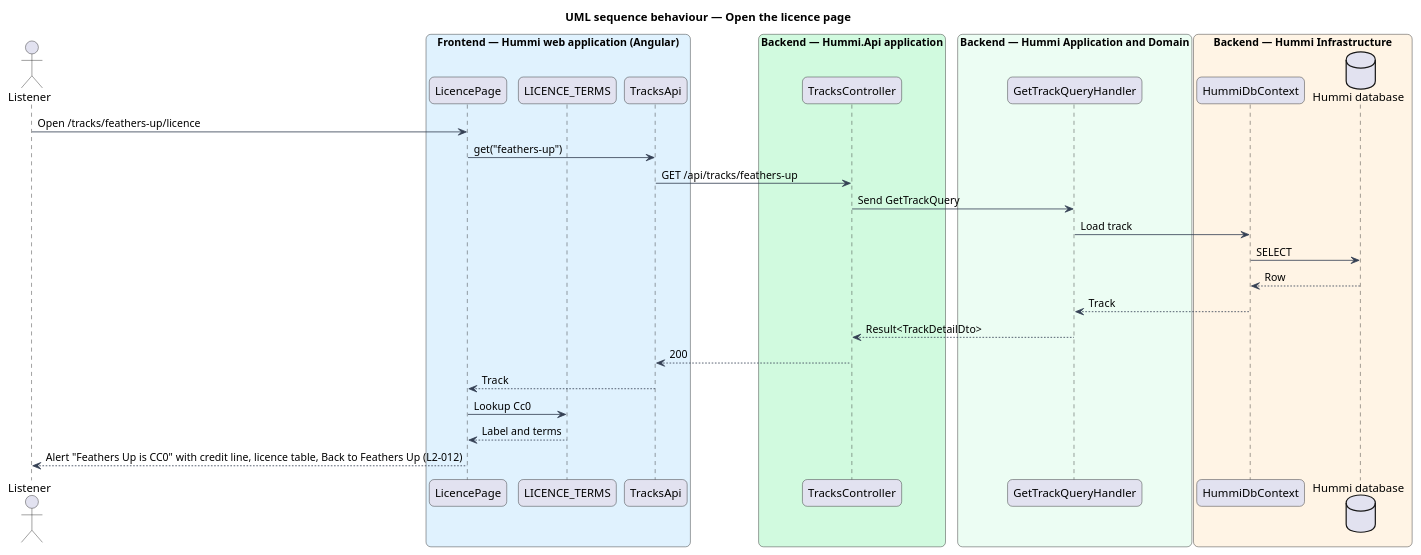
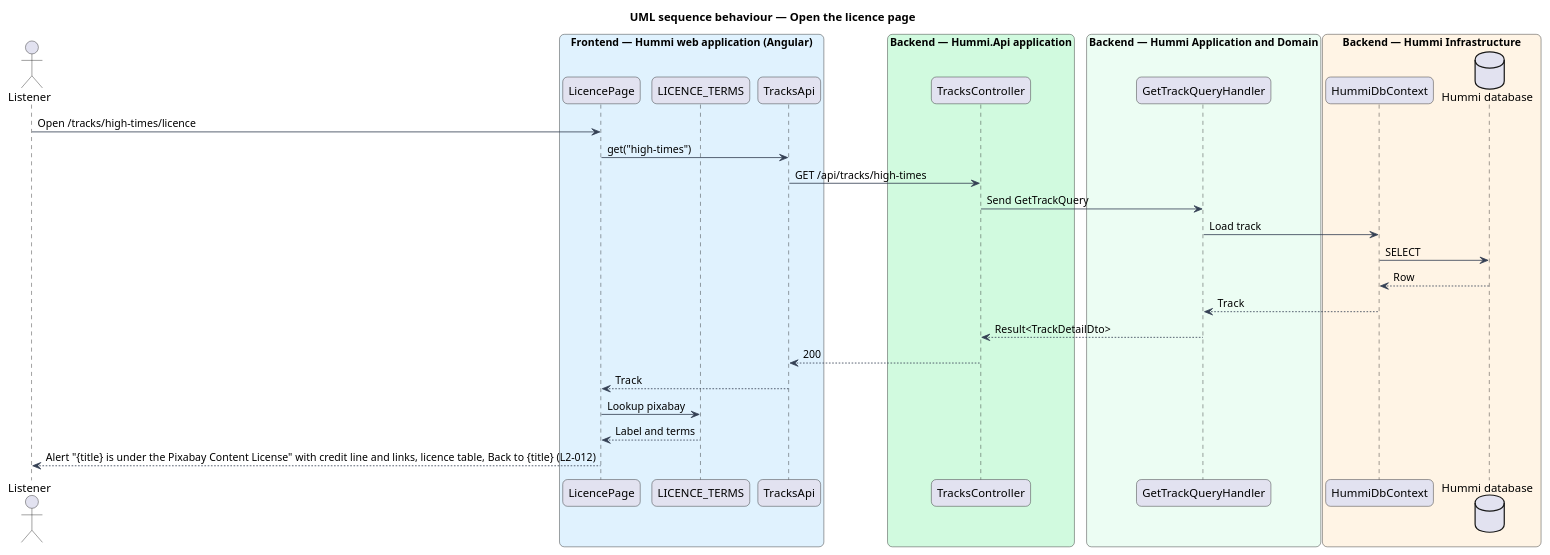
Before and after one commit to QuinntyneBrown/hummi: the diagram in docs/detailed-designs/catalogue/view-licence/diagrams/sequence-open-licence.puml, drawn with PlantUML. The commit also changed 23 other files, not shown here.

```diff
--- a/docs/detailed-designs/catalogue/view-licence/diagrams/sequence-open-licence.puml
+++ b/docs/detailed-designs/catalogue/view-licence/diagrams/sequence-open-licence.puml
@@ -1,47 +1,47 @@
 @startuml
 title UML sequence behaviour — Open the licence page
 skinparam backgroundColor #FFFFFF
 skinparam shadowing false
 skinparam roundcorner 12
 skinparam defaultFontName Arial
 skinparam ArrowColor #344054
 skinparam rectangle {
   BorderColor #344054
   FontColor #101828
 }
 skinparam package {
   BorderColor #667085
   FontColor #101828
   BackgroundColor #F9FAFB
 }
 actor "Listener" as u
 box "Frontend — Hummi web application (Angular)" #E0F2FE
   participant "LicencePage" as page
   participant "LICENCE_TERMS" as terms
   participant "TracksApi" as client
 end box
 box "Backend — Hummi.Api application" #D1FADF
   participant "TracksController" as ctl
 end box
 box "Backend — Hummi Application and Domain" #ECFDF3
   participant "GetTrackQueryHandler" as q
 end box
 box "Backend — Hummi Infrastructure" #FFF4E5
   participant "HummiDbContext" as ctx
   database "Hummi database" as db
 end box
-u -> page : Open /tracks/feathers-up/licence
-page -> client : get("feathers-up")
-client -> ctl : GET /api/tracks/feathers-up
+u -> page : Open /tracks/high-times/licence
+page -> client : get("high-times")
+client -> ctl : GET /api/tracks/high-times
 ctl -> q : Send GetTrackQuery
 q -> ctx : Load track
 ctx -> db : SELECT
 db --> ctx : Row
 ctx --> q : Track
 q --> ctl : Result<TrackDetailDto>
 ctl --> client : 200
 client --> page : Track
-page -> terms : Lookup Cc0
+page -> terms : Lookup pixabay
 terms --> page : Label and terms
-page --> u : Alert "Feathers Up is CC0" with credit line, licence table, Back to Feathers Up (L2-012)
+page --> u : Alert "{title} is under the Pixabay Content License" with credit line and links, licence table, Back to {title} (L2-012)
 @enduml
```
